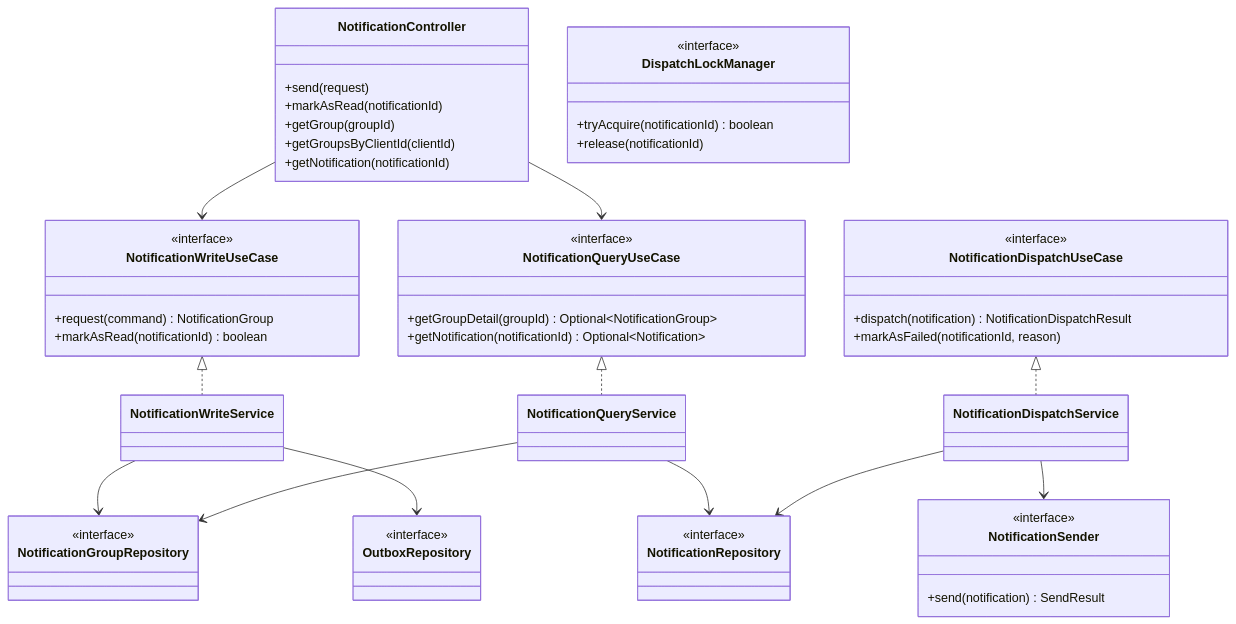
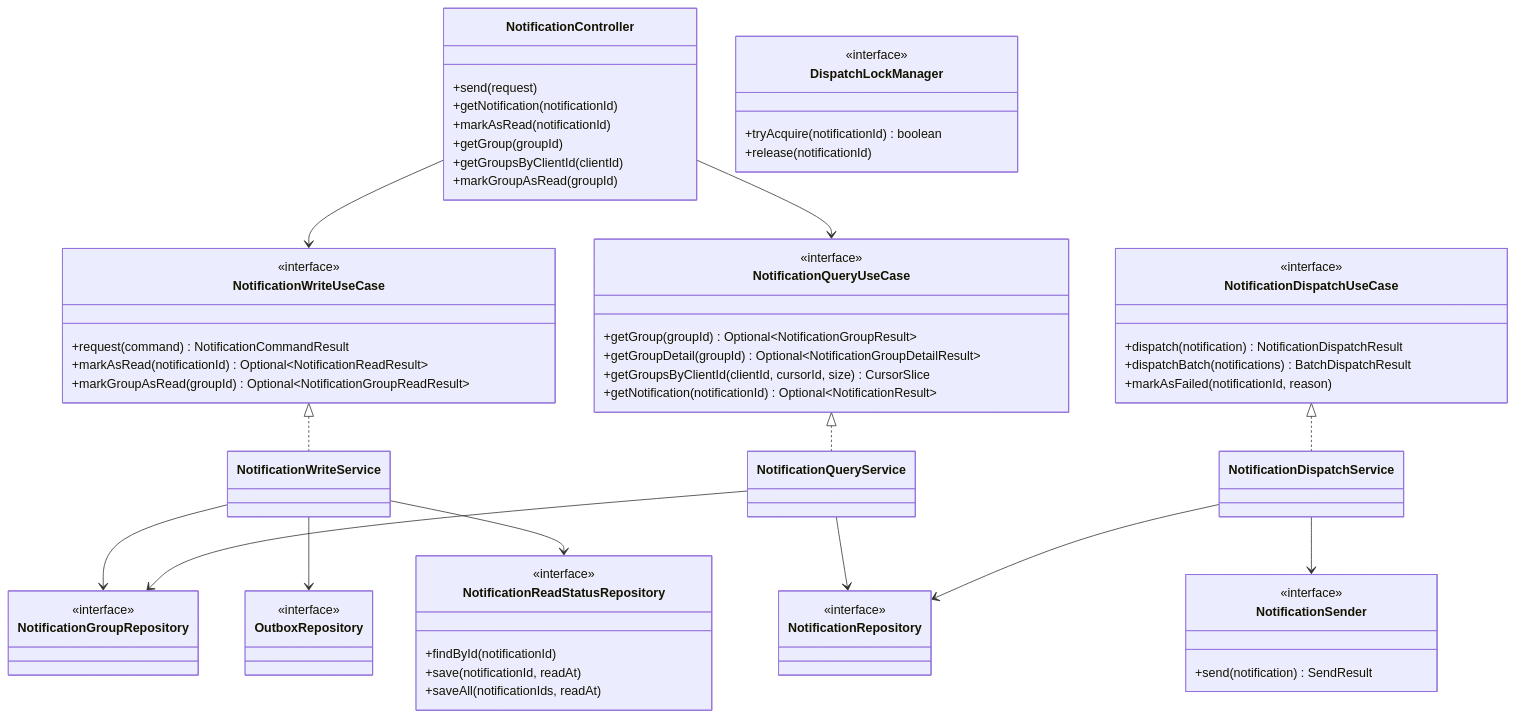
The first of 5 diagrams in docs/03-class-diagrams.md (yht0827/notification-dispatcher), drawn with Mermaid before and after one commit. The commit also changed other lines of this file and 11 other files, not shown here.

Commit message:
chore: NotificationGroup 읽음 처리 로직 개선, 멱등 처리 테스트 추가 및 API 문서 업데이트

````diff
--- a/docs/03-class-diagrams.md
+++ b/docs/03-class-diagrams.md
@@ -17,69 +18,82 @@
 ```mermaid
 classDiagram
     class NotificationController {
       +send(request)
+      +getNotification(notificationId)
       +markAsRead(notificationId)
       +getGroup(groupId)
       +getGroupsByClientId(clientId)
-      +getNotification(notificationId)
+      +markGroupAsRead(groupId)
     }
 
     class NotificationWriteUseCase {
       <<interface>>
-      +request(command) NotificationGroup
-      +markAsRead(notificationId) boolean
+      +request(command) NotificationCommandResult
+      +markAsRead(notificationId) Optional~NotificationReadResult~
+      +markGroupAsRead(groupId) Optional~NotificationGroupReadResult~
     }
 
     class NotificationQueryUseCase {
       <<interface>>
-      +getGroupDetail(groupId) Optional~NotificationGroup~
-      +getNotification(notificationId) Optional~Notification~
+      +getGroup(groupId) Optional~NotificationGroupResult~
+      +getGroupDetail(groupId) Optional~NotificationGroupDetailResult~
+      +getGroupsByClientId(clientId, cursorId, size) CursorSlice
+      +getNotification(notificationId) Optional~NotificationResult~
     }
 
     class NotificationDispatchUseCase {
       <<interface>>
       +dispatch(notification) NotificationDispatchResult
+      +dispatchBatch(notifications) BatchDispatchResult
       +markAsFailed(notificationId, reason)
     }
 
     class NotificationWriteService
     class NotificationQueryService
     class NotificationDispatchService
 
     class NotificationGroupRepository {
       <<interface>>
     }
 
     class NotificationRepository {
       <<interface>>
     }
 
     class OutboxRepository {
       <<interface>>
+    }
+
+    class NotificationReadStatusRepository {
+      <<interface>>
+      +findById(notificationId)
+      +save(notificationId, readAt)
+      +saveAll(notificationIds, readAt)
     }
 
     class NotificationSender {
       <<interface>>
       +send(notification) SendResult
     }
 
     class DispatchLockManager {
       <<interface>>
       +tryAcquire(notificationId) boolean
       +release(notificationId)
     }
 
     NotificationController --> NotificationWriteUseCase
     NotificationController --> NotificationQueryUseCase
 
     NotificationWriteUseCase <|.. NotificationWriteService
     NotificationQueryUseCase <|.. NotificationQueryService
     NotificationDispatchUseCase <|.. NotificationDispatchService
 
     NotificationWriteService --> NotificationGroupRepository
     NotificationWriteService --> OutboxRepository
+    NotificationWriteService --> NotificationReadStatusRepository
     NotificationQueryService --> NotificationGroupRepository
     NotificationQueryService --> NotificationRepository
     NotificationDispatchService --> NotificationRepository
     NotificationDispatchService --> NotificationSender
 ```
````
